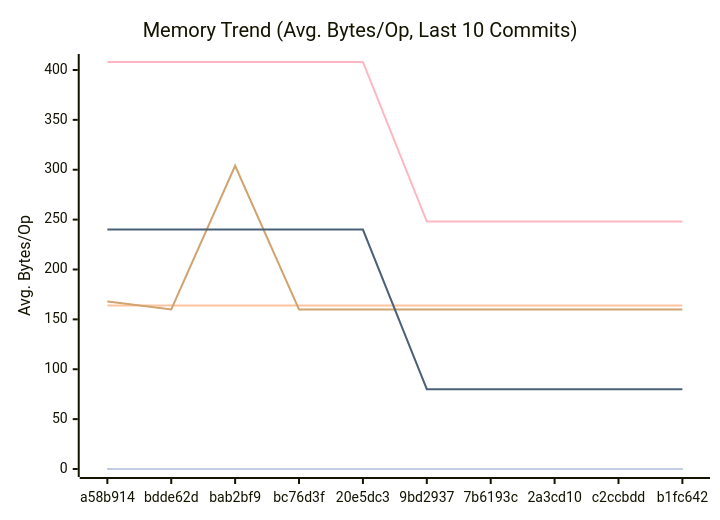
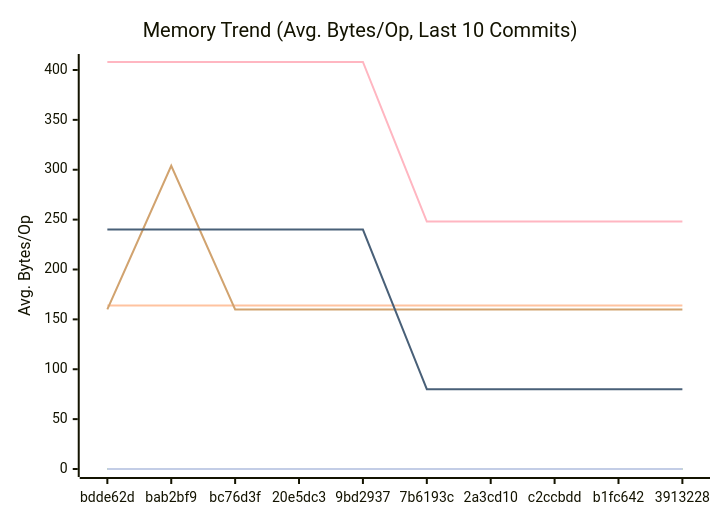
The second of 3 diagrams in docs/PERFORMANCE.md (alsotoes/momo), drawn with Mermaid before and after one commit. The commit also changed other lines of this file and 1 other file, not shown here.

````diff
--- a/docs/PERFORMANCE.md
+++ b/docs/PERFORMANCE.md
@@ -97,16 +97,16 @@
 ```mermaid
 xychart-beta
     title "Memory Trend (Avg. Bytes/Op, Last 10 Commits)"
     x-axis "Commit"
     y-axis "Avg. Bytes/Op"
-    x-axis [a58b914,bdde62d,bab2bf9,bc76d3f,20e5dc3,9bd2937,7b6193c,2a3cd10,c2ccbdd,b1fc642]
+    x-axis [bdde62d,bab2bf9,bc76d3f,20e5dc3,9bd2937,7b6193c,2a3cd10,c2ccbdd,b1fc642,3913228]
     line "CheckMetricsAndSwap" [0,0,0,0,0,0,0,0,0,0]
     line "CrushOptimized" [0,0,0,0,0,0,0,0,0,0]
     line "CrushOriginal" [164,164,164,164,164,164,164,164,164,164]
     line "IndexDirectTracking" [0,0,0,0,0,0,0,0,0,0]
     line "IndexSearch" [0,0,0,0,0,0,0,0,0,0]
-    line "LoadGlobalConfig" [168,160,304,160,160,160,160,160,160,160]
+    line "LoadGlobalConfig" [160,304,160,160,160,160,160,160,160,160]
     line "PadString" [0,0,0,0,0,0,0,0,0,0]
     line "ParseReplicationOrder_NoPrealloc" [408,408,408,408,408,248,248,248,248,248]
     line "ParseReplicationOrder_Prealloc" [240,240,240,240,240,80,80,80,80,80]
 ```
````
